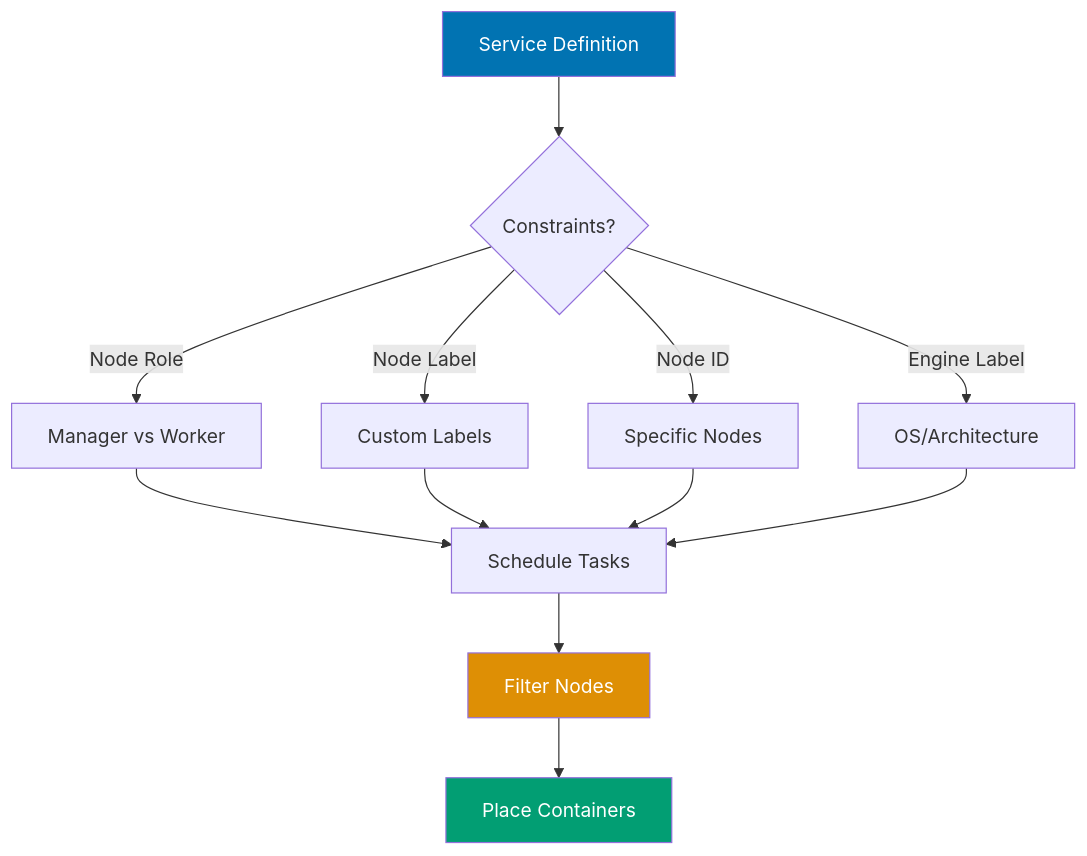
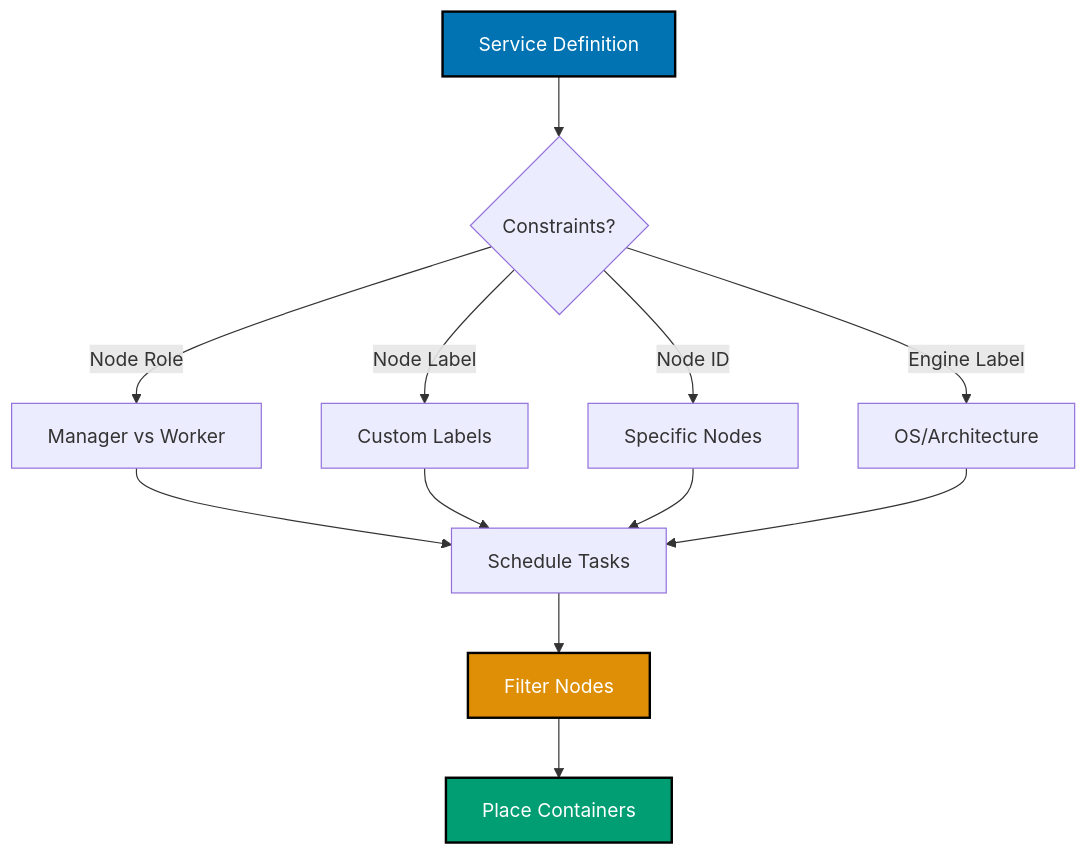
The eighth of 14 diagrams in apps/ayokoding-web/content/en/learn/software-engineering/infrastructure/tools/docker/by-example/advanced.md (wahidyankf/open-sharia-enterprise), drawn with Mermaid before and after one commit. The commit also changed other lines of this file and 25 other files, not shown here.

````diff
--- a/apps/ayokoding-web/content/en/learn/software-engineering/infrastructure/tools/docker/by-example/advanced.md
+++ b/apps/ayokoding-web/content/en/learn/software-engineering/infrastructure/tools/docker/by-example/advanced.md
@@ -2323,20 +2330,21 @@
 ```mermaid
+%% Color Palette: Blue #0173B2, Orange #DE8F05, Teal #029E73, Purple #CC78BC, Brown #CA9161
 graph TD
  A["Service Definition"] --> B{Constraints?}
  B -->|Node Role| C["Manager vs Worker"]
  B -->|Node Label| D["Custom Labels"]
  B -->|Node ID| E["Specific Nodes"]
  B -->|Engine Label| F["OS/Architecture"]
 
  C --> G["Schedule Tasks"]
  D --> G
  E --> G
  F --> G
 
  G --> H["Filter Nodes"]
  H --> I["Place Containers"]
 
- style A fill:#0173B2,color:#fff
- style H fill:#DE8F05,color:#fff
- style I fill:#029E73,color:#fff
+ style A fill:#0173B2,stroke:#000000,stroke-width:2px,color:#fff
+ style H fill:#DE8F05,stroke:#000000,stroke-width:2px,color:#fff
+ style I fill:#029E73,stroke:#000000,stroke-width:2px,color:#fff
 ```
````
